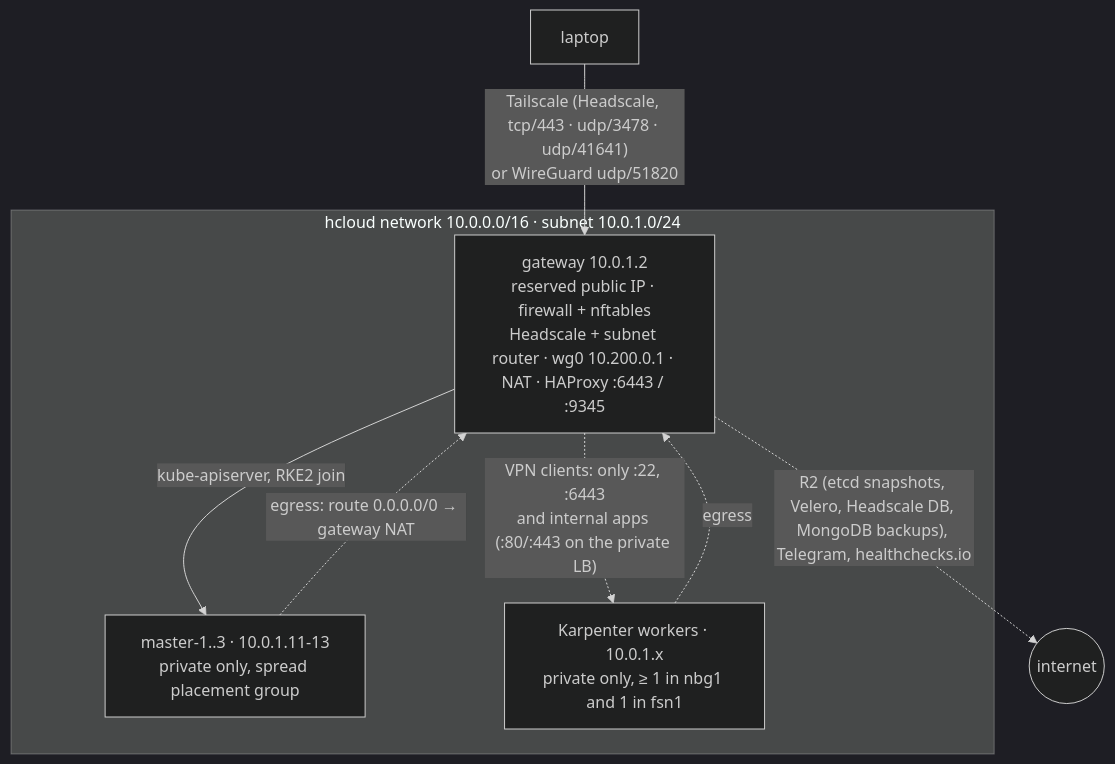
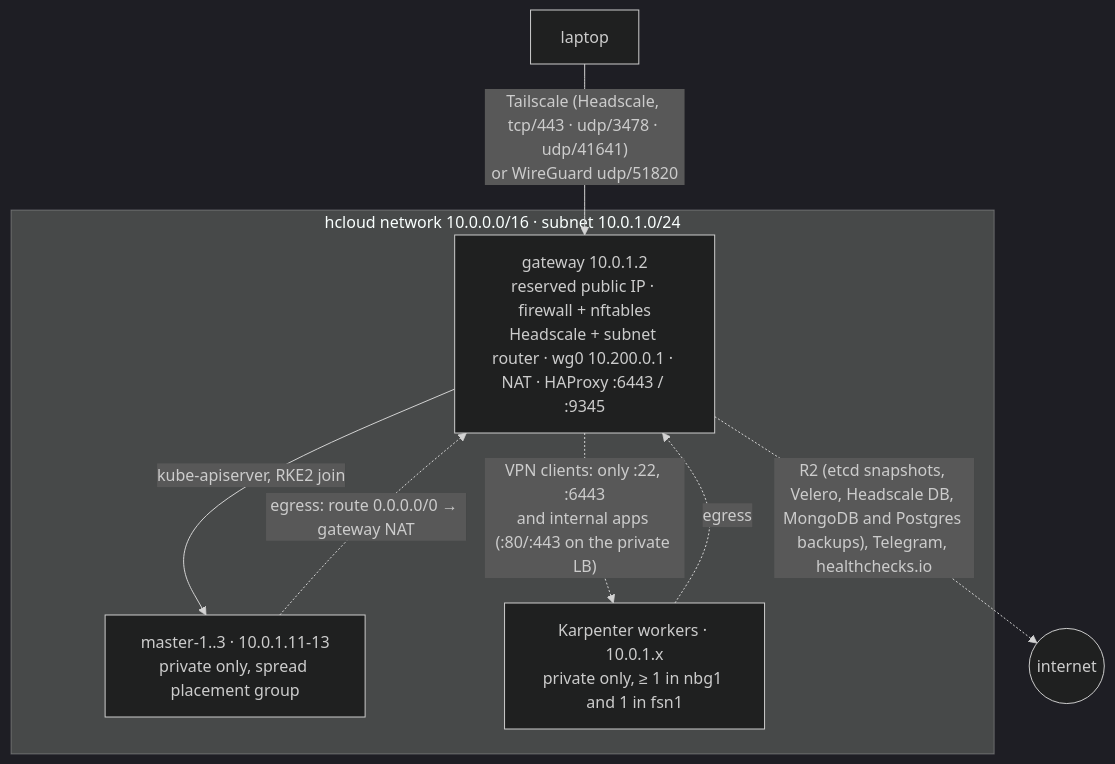
Before and after one commit to reginaldosousa/hetzner-rke2-terraform: the diagram in README.md, drawn with Mermaid (dark theme). The commit also changed other lines of this file and 6 other files, not shown here.

````diff
--- a/README.md
+++ b/README.md
@@ -32,14 +32,14 @@
 ```mermaid
 flowchart TB
     laptop["laptop"] -- "Tailscale (Headscale, tcp/443 · udp/3478 · udp/41641)<br/>or WireGuard udp/51820" --> gw
     subgraph net["hcloud network 10.0.0.0/16 · subnet 10.0.1.0/24"]
         gw["gateway 10.0.1.2<br/>reserved public IP · firewall + nftables<br/>Headscale + subnet router · wg0 10.200.0.1 · NAT · HAProxy :6443 / :9345"]
         masters["master-1..3 · 10.0.1.11-13<br/>private only, spread placement group"]
         workers["Karpenter workers · 10.0.1.x<br/>private only, ≥ 1 in nbg1 and 1 in fsn1"]
     end
     gw -- "kube-apiserver, RKE2 join" --> masters
     gw -. "VPN clients: only :22, :6443<br/>and internal apps (:80/:443 on the private LB)" .-> workers
     masters -. "egress: route 0.0.0.0/0 → gateway NAT" .-> gw
     workers -. "egress" .-> gw
-    gw -. "R2 (etcd snapshots, Velero, Headscale DB, MongoDB backups), Telegram, healthchecks.io" .-> ext(("internet"))
+    gw -. "R2 (etcd snapshots, Velero, Headscale DB, MongoDB and Postgres backups), Telegram, healthchecks.io" .-> ext(("internet"))
 ```
````
